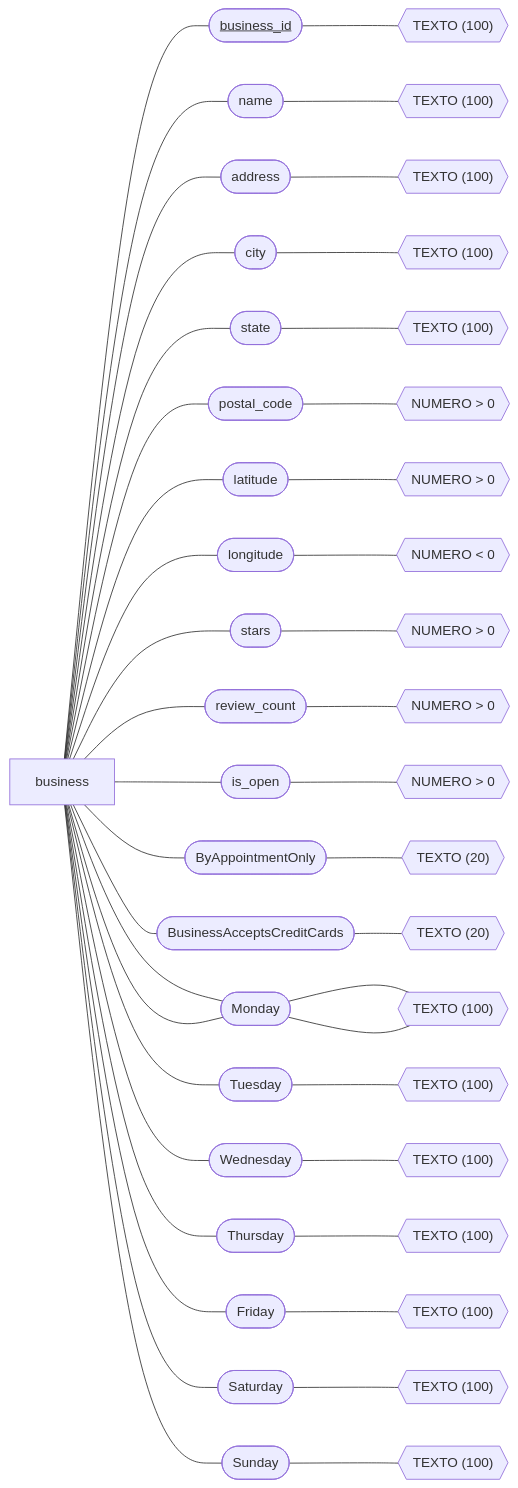
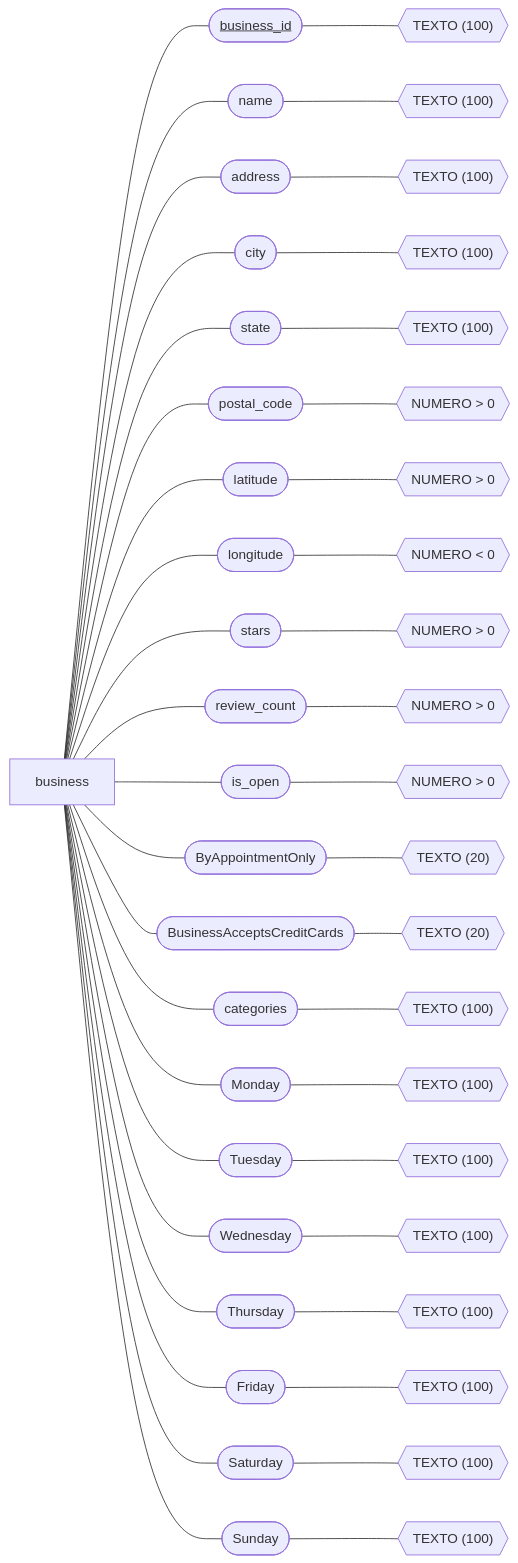
One commit to fer98morales/BDR changed the second of 6 diagrams in Tareas/Tarea2.md. Above: the diagram before and after it, drawn with Mermaid.

````diff
--- a/Tareas/Tarea2.md
+++ b/Tareas/Tarea2.md
@@ -22,25 +22,25 @@
 ```mermaid
 flowchart LR
 Entidad1[business]
     Entidad1 --- E1_Atributo1([<u>business_id</u>]) --- E1_D1{{"TEXTO (100)"}}
     Entidad1 --- E1_Atributo2([name]) --- E1_D2{{"TEXTO (100)"}}
     Entidad1 --- E1_Atributo3([address]) --- E1_D3{{"TEXTO (100)"}}
     Entidad1 --- E1_Atributo4([city]) --- E1_D4{{"TEXTO (100)"}}
     Entidad1 --- E1_Atributo5([state]) --- E1_D5{{"TEXTO (100)"}}
     Entidad1 --- E1_Atributo6([postal_code]) --- E1_D6{{"NUMERO > 0"}}
     Entidad1 --- E1_Atributo7([latitude]) --- E1_D7{{"NUMERO > 0"}}
     Entidad1 --- E1_Atributo8([longitude]) --- E1_D8{{"NUMERO < 0"}}
     Entidad1 --- E1_Atributo9([stars]) --- E1_D9{{"NUMERO > 0"}}
     Entidad1 --- E1_Atributo10([review_count]) --- E1_D10{{"NUMERO > 0"}}
     Entidad1 --- E1_Atributo11([is_open]) --- E1_D11{{"NUMERO > 0"}}
     Entidad1 --- E1_Atributo12([ByAppointmentOnly]) --- E1_D12{{"TEXTO (20)"}}
     Entidad1 --- E1_Atributo13([BusinessAcceptsCreditCards]) --- E1_D13{{"TEXTO (20)"}}
-    Entidad1 --- E1_Atributo14([categories]) --- E1_D14{{"TEXTO (100)"}}
+    Entidad1 --- E1_Atributo21([categories]) --- E1_D21{{"TEXTO (100)"}}
     Entidad1 --- E1_Atributo14([Monday]) --- E1_D14{{"TEXTO (100)"}}
     Entidad1 --- E1_Atributo15([Tuesday]) --- E1_D15{{"TEXTO (100)"}}
     Entidad1 --- E1_Atributo16([Wednesday]) --- E1_D16{{"TEXTO (100)"}}
     Entidad1 --- E1_Atributo17([Thursday]) --- E1_D17{{"TEXTO (100)"}}
     Entidad1 --- E1_Atributo18([Friday]) --- E1_D18{{"TEXTO (100)"}}
     Entidad1 --- E1_Atributo19([Saturday]) --- E1_D19{{"TEXTO (100)"}}
     Entidad1 --- E1_Atributo20([Sunday]) --- E1_D20{{"TEXTO (100)"}}
 ```
````
